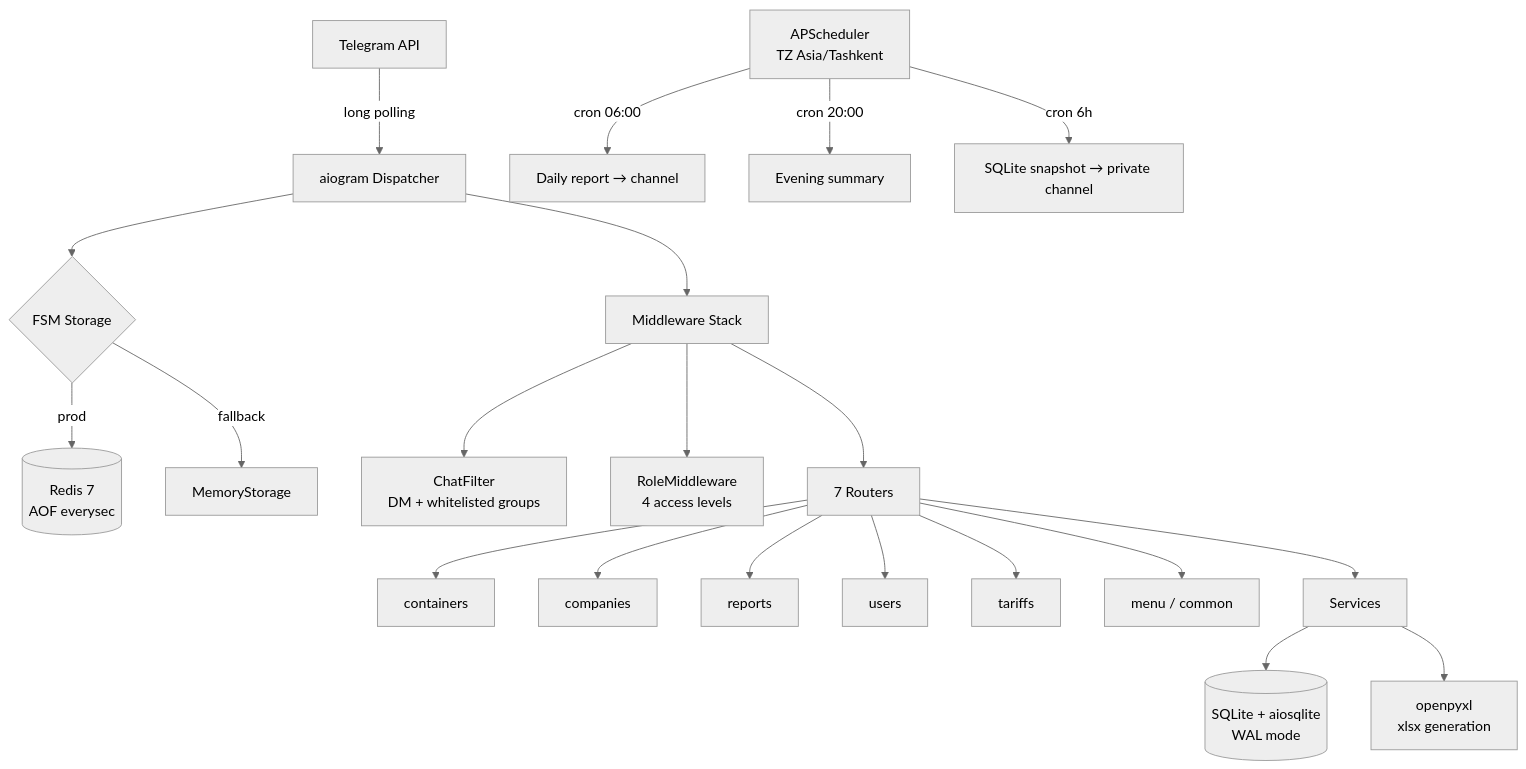
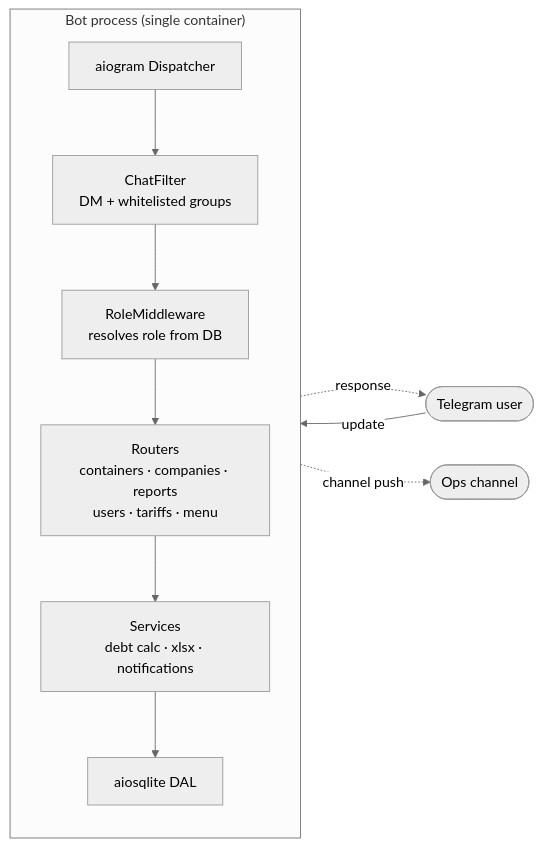
Before and after one commit to RiobVO/container-terminal-bot: the first of 2 diagrams in README.md, drawn with Mermaid (neutral theme). The commit also changed other lines of this file, not shown here.

Commit message:
docs: split architecture into request flow + runtime topology
One diagram tried to show both the per-update dataflow and the container
layout, ended up as a web of crossed lines. Replaced with two focused
diagrams:

- Request flow (LR): user -> middlewares -> routers -> services -> DAL
  with response and channel push as dashed return arrows. Shows the
  invariant: no handler runs without ChatFilter + RoleMiddleware.
- Runtime topology (TB): droplet boundary with bot / redis / bind-mount,
  scheduler arrows to snapshot + backup channel + ops channel. Shows
  the deployment posture: two containers, one mount, one outbound
  dependency, no listening port.

Each diagram now carries a short paragraph stating the invariant it
illustrates, so the picture has a point instead of being decoration.

````diff
--- a/README.md
+++ b/README.md
@@ -35,27 +37,14 @@
 ```mermaid
-flowchart TB
-    TG[Telegram API] -->|long polling| BOT[aiogram Dispatcher]
-    BOT --> FSM{FSM Storage}
-    FSM -->|prod| REDIS[(Redis 7<br/>AOF everysec)]
-    FSM -->|fallback| MEM[MemoryStorage]
-
-    BOT --> MW[Middleware Stack]
-    MW --> CF[ChatFilter<br/>DM + whitelisted groups]
-    MW --> RL[RoleMiddleware<br/>4 access levels]
-
-    MW --> R[7 Routers]
-    R --> R1[containers]
-    R --> R2[companies]
-    R --> R3[reports]
-    R --> R4[users]
-    R --> R5[tariffs]
-    R --> R6[menu / common]
-
-    R --> S[Services]
-    S --> DB[(SQLite + aiosqlite<br/>WAL mode)]
-    S --> XLSX[openpyxl<br/>xlsx generation]
-
-    SCHED[APScheduler<br/>TZ Asia/Tashkent] --> |cron 06:00| DAILY[Daily report → channel]
-    SCHED --> |cron 20:00| EVE[Evening summary]
-    SCHED --> |cron 6h| BACKUP[SQLite snapshot → private channel]
+flowchart LR
+    User([Telegram user]) -->|update| Dispatcher
+    subgraph Process["Bot process (single container)"]
+        direction TB
+        Dispatcher[aiogram Dispatcher] --> ChatFilter
+        ChatFilter[ChatFilter<br/>DM + whitelisted groups] --> Role[RoleMiddleware<br/>resolves role from DB]
+        Role --> Routers[Routers<br/>containers · companies · reports<br/>users · tariffs · menu]
+        Routers --> Services[Services<br/>debt calc · xlsx · notifications]
+        Services --> DAL[aiosqlite DAL]
+    end
+    Services -.->|response| User
+    Services -.->|channel push| Channel([Ops channel])
 ```
````
